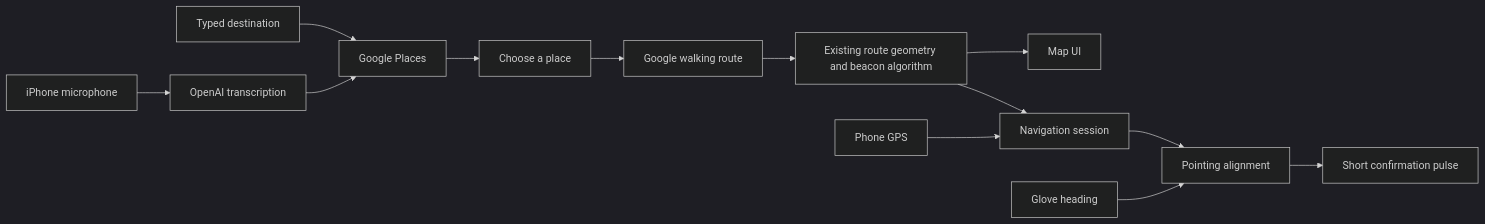
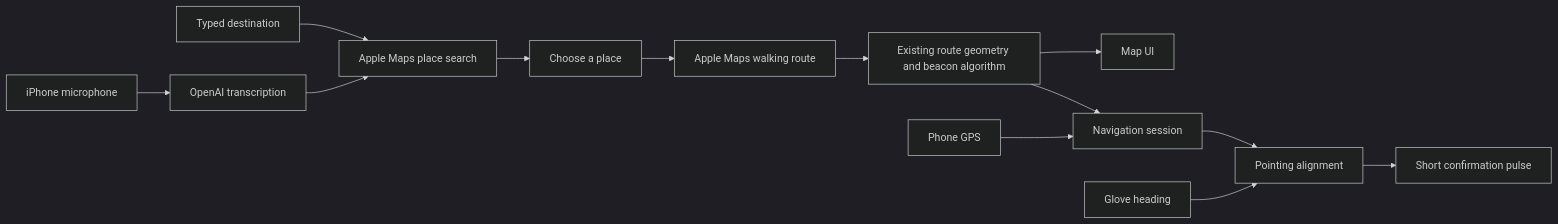
Before and after one commit to LouisY06/point: the diagram in docs/APP_OUTLINE.md, drawn with Mermaid (dark theme). The commit also changed other lines of this file and 19 other files, not shown here.

Commit message:
Switch navigation services to Apple Maps and update project status

````diff
--- a/docs/APP_OUTLINE.md
+++ b/docs/APP_OUTLINE.md
@@ -18,15 +18,15 @@
 ```mermaid
 flowchart LR
     Mic[iPhone microphone] --> STT[OpenAI transcription]
-    Typed[Typed destination] --> Search[Google Places]
+    Typed[Typed destination] --> Search[Apple Maps place search]
     STT --> Search
     Search --> Confirm[Choose a place]
-    Confirm --> Routes[Google walking route]
+    Confirm --> Routes[Apple Maps walking route]
     Routes --> Reused[Existing route geometry and beacon algorithm]
     Reused --> Map[Map UI]
     Reused --> Session[Navigation session]
     GPS[Phone GPS] --> Session
     Session --> Feedback[Pointing alignment]
     BLE[Glove heading] --> Feedback
     Feedback --> Motor[Short confirmation pulse]
 ```
````
